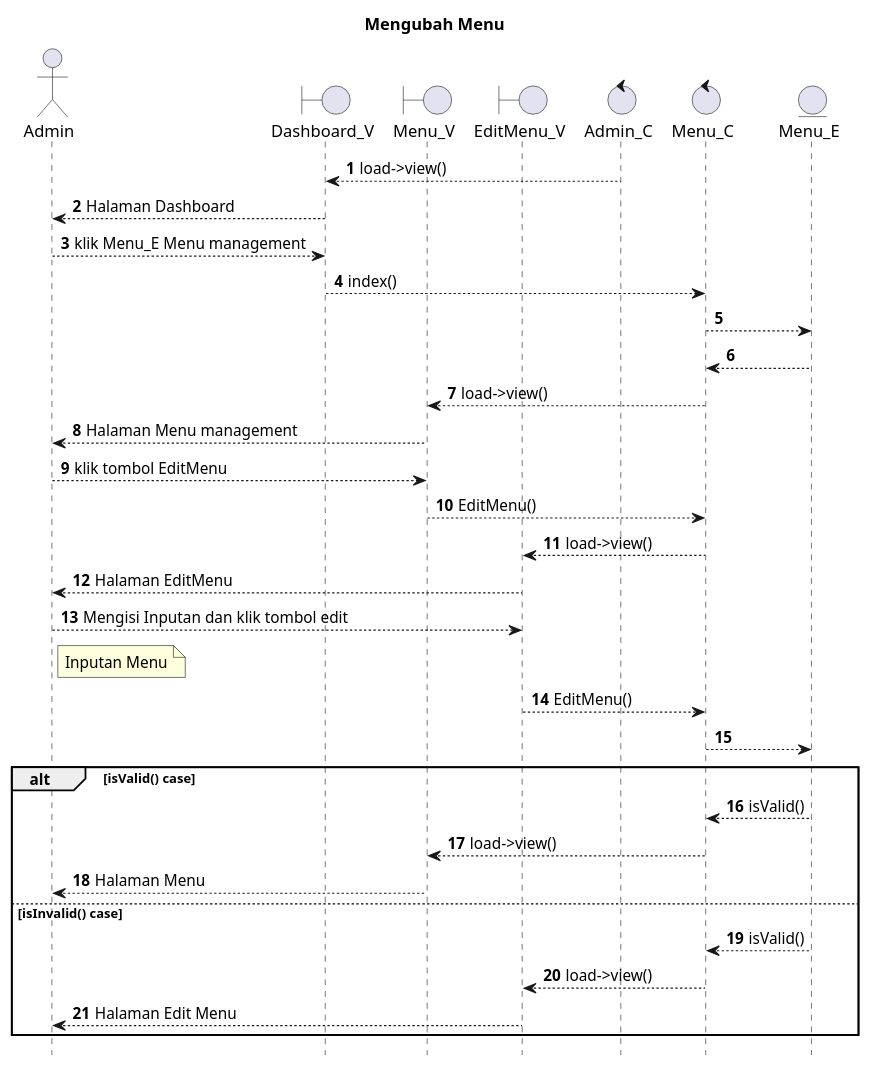
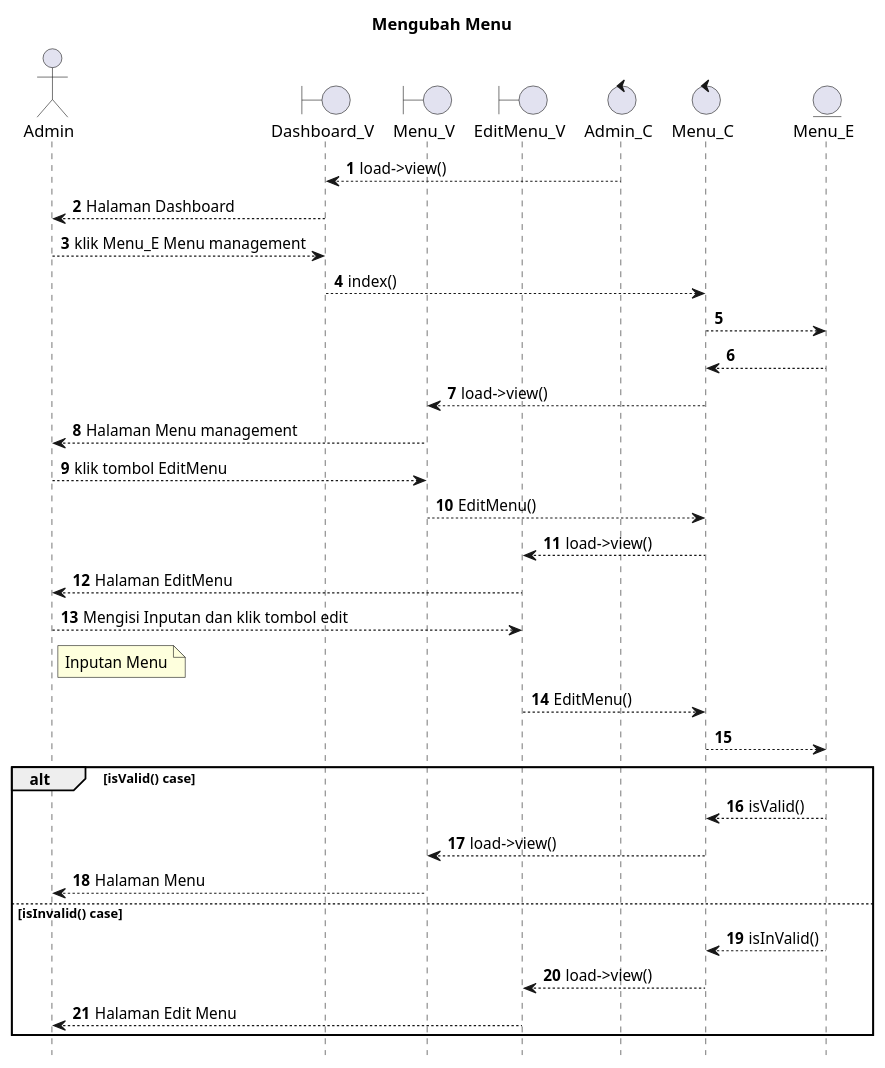
One commit to kurniado729/sistem_kp changed the diagram in SELAIN SISTEM/UML/SEQUENCE/admin/editmenu.puml. Above: the diagram before and after it, drawn with PlantUML. The commit also changed 59 other files, not shown here.

```diff
--- a/SELAIN SISTEM/UML/SEQUENCE/admin/editmenu.puml
+++ b/SELAIN SISTEM/UML/SEQUENCE/admin/editmenu.puml
@@ -1,50 +1,50 @@
 @startuml
 
 autonumber
 hide footbox
 title Mengubah Menu
 
 Actor Admin
 boundary Dashboard_V
 boundary Menu_V
 boundary EditMenu_V
 control Admin_C
 control Menu_C
 Entity Menu_E
 
 Admin_C --> Dashboard_V: load->view()
 Dashboard_V --> Admin: Halaman Dashboard
 Admin --> Dashboard_V: klik Menu_E Menu management
 Dashboard_V --> Menu_C: index()
 Menu_C --> Menu_E:
     
     Menu_E --> Menu_C:
     Menu_C --> Menu_V: load->view()
     Menu_V --> Admin: Halaman Menu management
 
 Admin --> Menu_V: klik tombol EditMenu
 Menu_V --> Menu_C: EditMenu()
 Menu_C --> EditMenu_V: load->view()
 EditMenu_V --> Admin: Halaman EditMenu
 
 Admin --> EditMenu_V: Mengisi Inputan dan klik tombol edit
     note right of Admin
         Inputan Menu
             end note
 EditMenu_V --> Menu_C: EditMenu()
 Menu_C --> Menu_E:
 
 alt isValid() case
     
     Menu_E --> Menu_C: isValid()
     Menu_C --> Menu_V: load->view()
     Menu_V --> Admin: Halaman Menu
 
 else isInvalid() case
     
-    Menu_E --> Menu_C: isValid()
+    Menu_E --> Menu_C: isInValid()
     Menu_C --> EditMenu_V: load->view()
     EditMenu_V --> Admin: Halaman Edit Menu
 
 end
 @enduml
```
